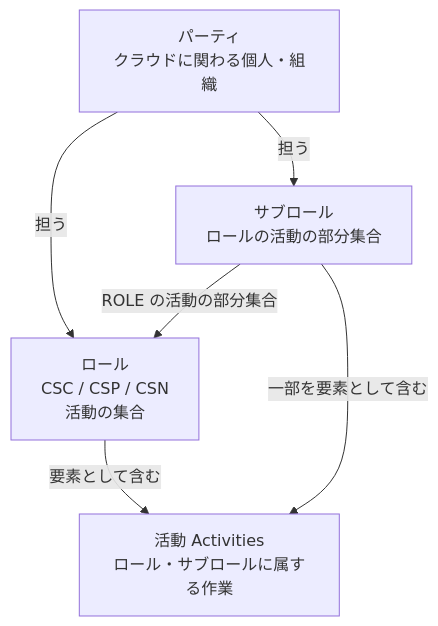
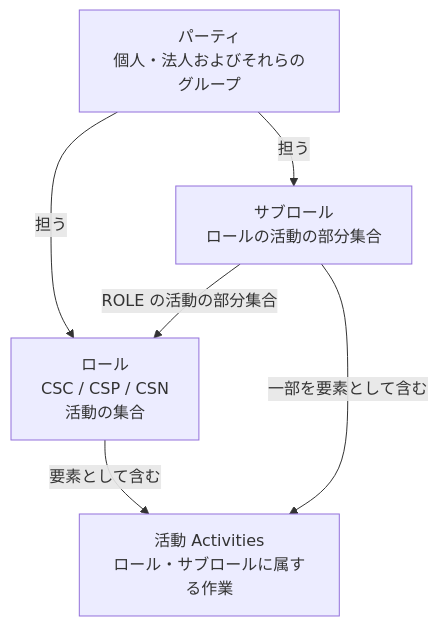
The fourth of 20 diagrams in Iso-iec-22123-3-2023-guide.md (myoshi2891/Cloud-Infrastructure-and-Network-Studies), drawn with Mermaid before and after one commit. The commit also changed other lines of this file, not shown here.

Commit message:
docs(iso22123): clarify party definition and non-exclusive CSN relationship

````diff
--- a/Iso-iec-22123-3-2023-guide.md
+++ b/Iso-iec-22123-3-2023-guide.md
@@ -185,13 +185,13 @@
 ```mermaid
 flowchart TB
-    PARTY["パーティ<br/>クラウドに関わる個人・組織"]
+    PARTY["パーティ<br/>個人・法人およびそれらのグループ"]
     ROLE["ロール<br/>CSC / CSP / CSN<br/>活動の集合"]
     SUB["サブロール<br/>ロールの活動の部分集合"]
     ACT["活動 Activities<br/>ロール・サブロールに属する作業"]
 
     PARTY -->|担う| ROLE
     PARTY -->|担う| SUB
     SUB -->|ROLE の活動の部分集合| ROLE
     ROLE -->|要素として含む| ACT
     SUB -->|一部を要素として含む| ACT
 ```
````
